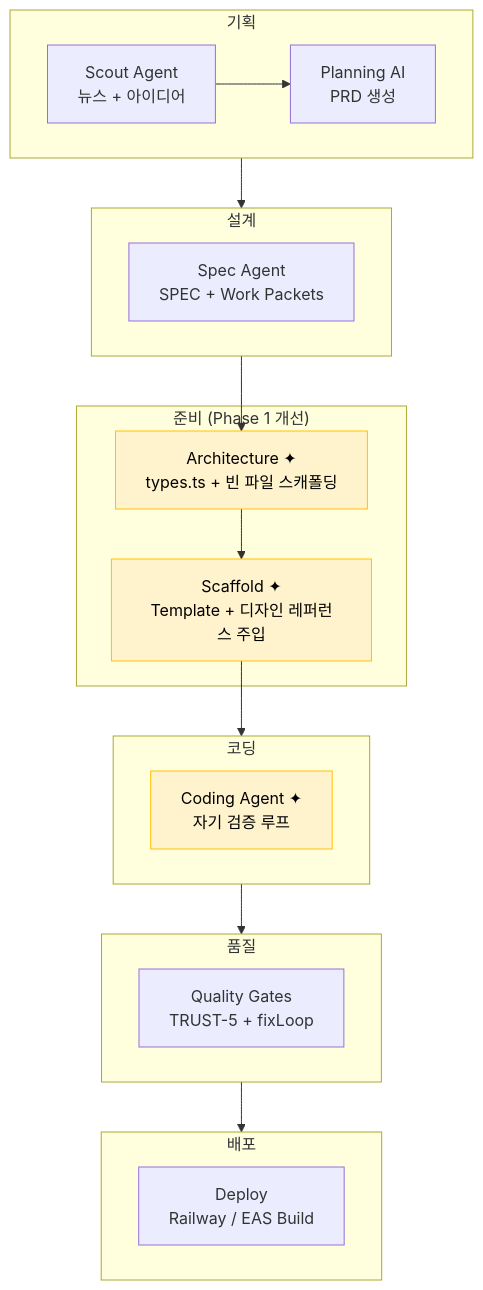
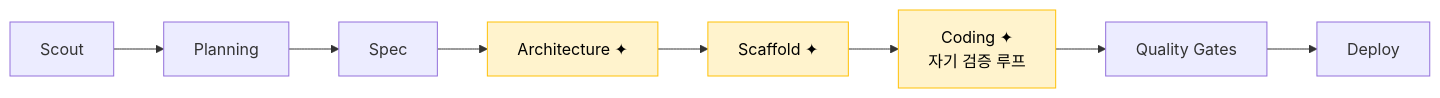
One commit to alswp006/alswp006.github.io changed the diagram in _posts/project/ai-factory/2026-03-17-ai-factory-4.md. Above: the diagram before and after it, drawn with Mermaid. The commit also changed 3 other files, not shown here.

Commit message:
style: mermaid TD→LR 전환 + 노드 간결화로 세로 길이 대폭 축소

````diff
--- a/_posts/project/ai-factory/2026-03-17-ai-factory-4.md
+++ b/_posts/project/ai-factory/2026-03-17-ai-factory-4.md
@@ -333,27 +333,13 @@
 ```mermaid
-flowchart TD
-    subgraph 기획
-        Scout["Scout Agent\n뉴스 + 아이디어"] --> Planning["Planning AI\nPRD 생성"]
-    end
-    subgraph 설계
-        Spec["Spec Agent\nSPEC + Work Packets"]
-    end
-    subgraph "준비 (Phase 1 개선)"
-        Arch["Architecture ✦\ntypes.ts + 빈 파일 스캐폴딩"]
-        Scaffold["Scaffold ✦\nTemplate + 디자인 레퍼런스 주입"]
-    end
-    subgraph 코딩
-        Coding["Coding Agent ✦\n자기 검증 루프"]
-    end
-    subgraph 품질
-        Quality["Quality Gates\nTRUST-5 + fixLoop"]
-    end
-    subgraph 배포
-        Deploy["Deploy\nRailway / EAS Build"]
-    end
-    기획 --> 설계 --> Arch --> Scaffold --> 코딩 --> 품질 --> 배포
+flowchart LR
+    Scout["Scout"] --> Planning["Planning"] --> Spec["Spec"]
+    Spec --> Arch["Architecture ✦"]
+    Arch --> Scaffold["Scaffold ✦"]
+    Scaffold --> Coding["Coding ✦\n자기 검증 루프"]
+    Coding --> Quality["Quality Gates"]
+    Quality --> Deploy["Deploy"]
 
     style Arch fill:#fff3cd,stroke:#ffc107,color:#000
     style Scaffold fill:#fff3cd,stroke:#ffc107,color:#000
     style Coding fill:#fff3cd,stroke:#ffc107,color:#000
 ```
````
